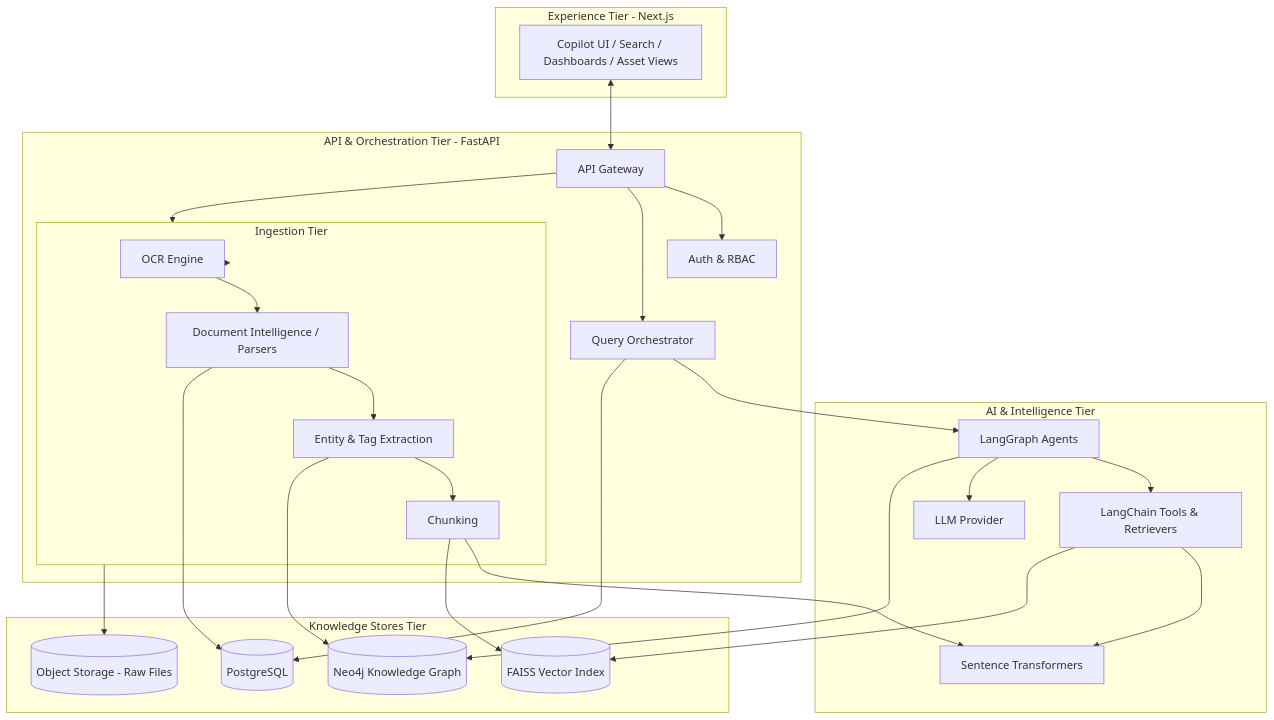
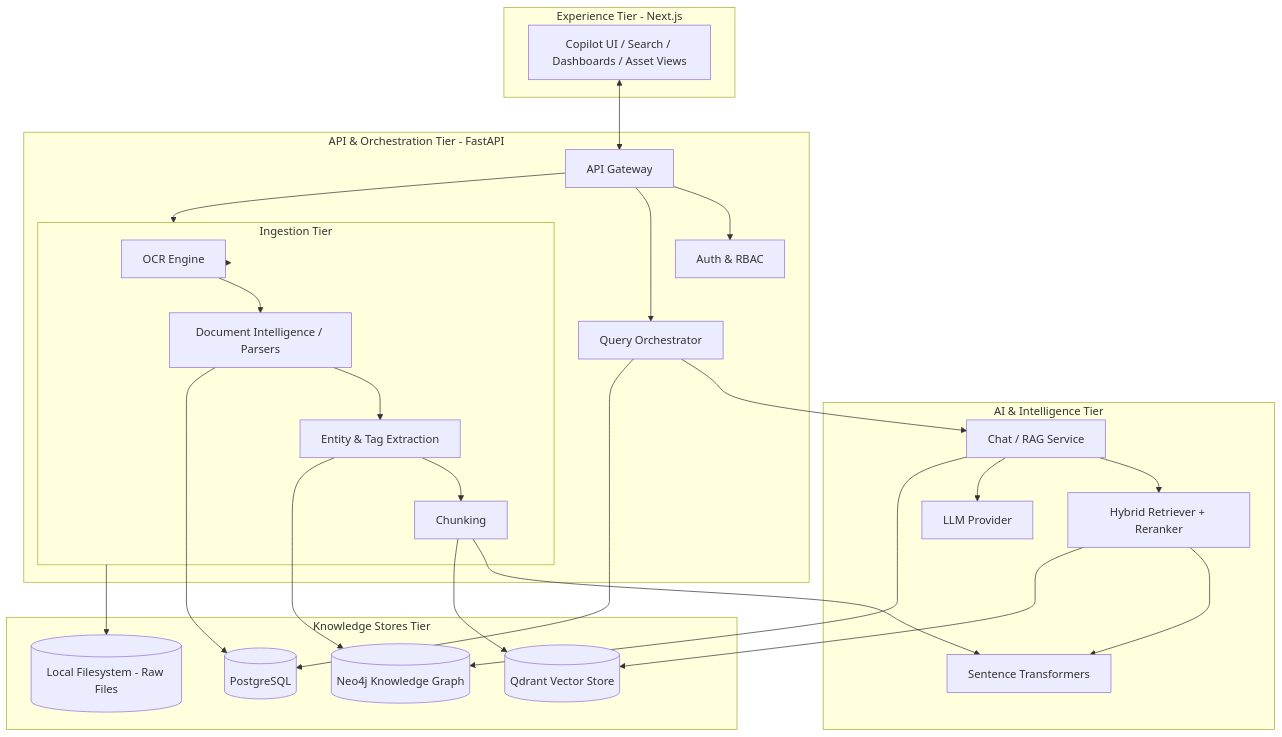
The first of 10 diagrams in docs/03_SYSTEM_ARCHITECTURE.md (pratapVansh/TRACE), drawn with Mermaid before and after one commit. The commit also changed other lines of this file and 60 other files, not shown here.

````diff
--- a/docs/03_SYSTEM_ARCHITECTURE.md
+++ b/docs/03_SYSTEM_ARCHITECTURE.md
@@ -41,52 +47,52 @@
 ```mermaid
 flowchart TB
     subgraph EXP["Experience Tier - Next.js"]
         UI["Copilot UI / Search / Dashboards / Asset Views"]
     end
 
     subgraph API["API & Orchestration Tier - FastAPI"]
         GW["API Gateway"]
         AUTH["Auth & RBAC"]
         ORCH["Query Orchestrator"]
         ING["Ingestion Orchestrator"]
     end
 
     subgraph AI["AI & Intelligence Tier"]
-        LG["LangGraph Agents"]
-        LC["LangChain Tools & Retrievers"]
+        LG["Chat / RAG Service"]
+        LC["Hybrid Retriever + Reranker"]
         EMB["Sentence Transformers"]
         LLM["LLM Provider"]
     end
 
     subgraph KS["Knowledge Stores Tier"]
         PG[("PostgreSQL")]
-        VEC[("FAISS Vector Index")]
+        VEC[("Qdrant Vector Store")]
         NEO[("Neo4j Knowledge Graph")]
-        OBJ[("Object Storage - Raw Files")]
+        OBJ[("Local Filesystem - Raw Files")]
     end
 
     subgraph ING["Ingestion Tier"]
         OCR["OCR Engine"]
         DI["Document Intelligence / Parsers"]
         EXT["Entity & Tag Extraction"]
         CHK["Chunking"]
     end
 
     UI <--> GW
     GW --> AUTH
     GW --> ORCH
     GW --> ING
     ORCH --> LG
     LG --> LC
     LC --> EMB
     LG --> LLM
     LC --> VEC
     LG --> NEO
     ORCH --> PG
     ING --> OCR --> DI --> EXT --> CHK
     CHK --> EMB
     CHK --> VEC
     EXT --> NEO
     DI --> PG
     ING --> OBJ
 ```
````
